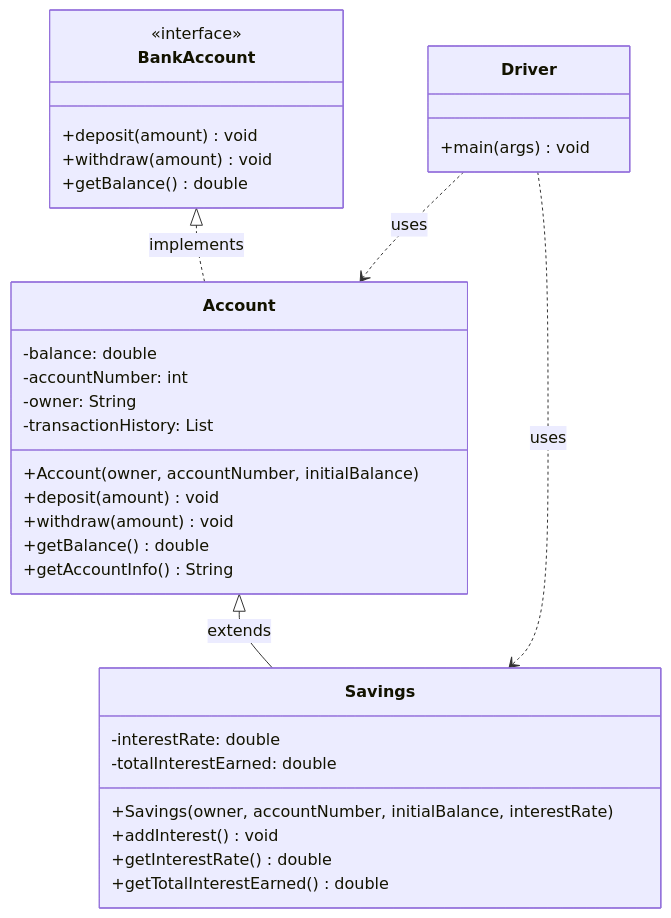
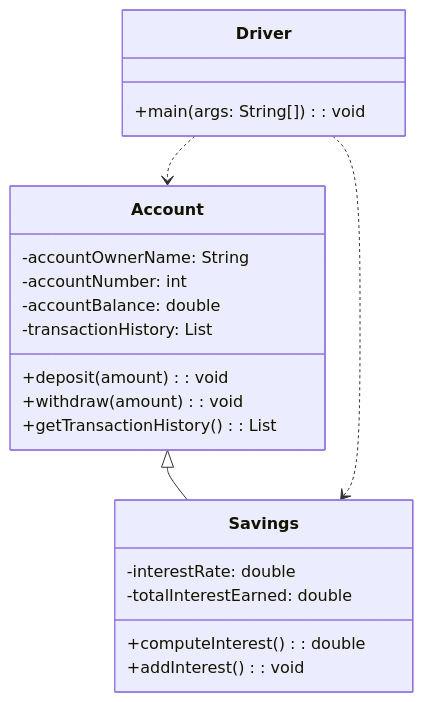
One commit to oohmxi/BankLedger changed the diagram in README.md. Above: the diagram before and after it, drawn with Mermaid. The commit also changed other lines of this file, not shown here.

````diff
--- a/README.md
+++ b/README.md
@@ -26,39 +49,27 @@
 ```mermaid
 classDiagram
-    class BankAccount {
-        <<interface>>
-        +deposit(amount) void
-        +withdraw(amount) void
-        +getBalance() double
+    class Account {
+        -accountOwnerName: String
+        -accountNumber: int
+        -accountBalance: double
+        -transactionHistory: List<String>
+        +deposit(amount): void
+        +withdraw(amount): void
+        +getTransactionHistory(): List<String>
     }
-  
-    class Account {
-        -balance: double
-        -accountNumber: int
-        -owner: String
-        -transactionHistory: List
-        +Account(owner, accountNumber, initialBalance)
-        +deposit(amount) void
-        +withdraw(amount) void
-        +getBalance() double
-        +getAccountInfo() String
-    }
-  
+
     class Savings {
         -interestRate: double
         -totalInterestEarned: double
-        +Savings(owner, accountNumber, initialBalance, interestRate)
-        +addInterest() void
-        +getInterestRate() double
-        +getTotalInterestEarned() double
+        +computeInterest(): double
+        +addInterest(): void
     }
-  
+
     class Driver {
-        +main(args) void
+        +main(args: String[]): void
     }
-  
-    BankAccount <|.. Account : implements
-    Account <|-- Savings : extends
-    Driver ..> Account : uses
-    Driver ..> Savings : uses
+
+    Account <|-- Savings
+    Driver ..> Account
+    Driver ..> Savings
 ```
````
